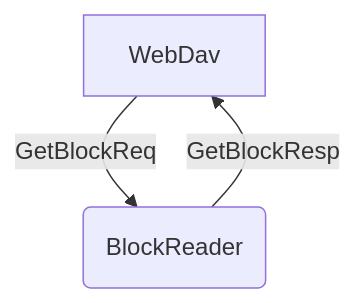
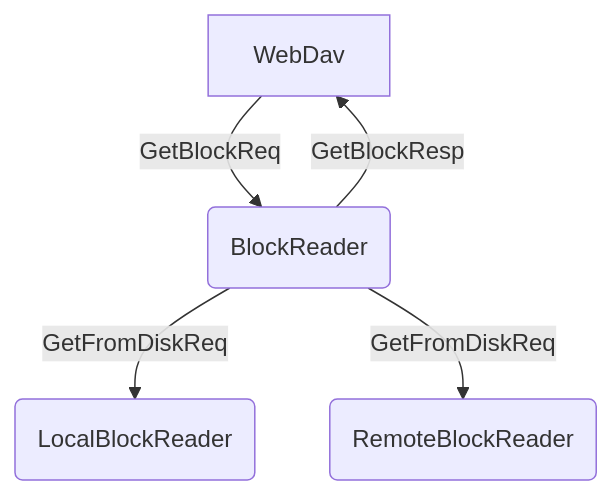
One commit to roboadam/tealfs changed the diagram in pkg/blockreader/blockreader.mmd. Above: the diagram before and after it, drawn with Mermaid. The commit also changed 4 other files, not shown here.

```diff
--- a/pkg/blockreader/blockreader.mmd
+++ b/pkg/blockreader/blockreader.mmd
@@ -1,4 +1,6 @@
 flowchart TD
         A["WebDav"]
         A -->|GetBlockReq| B("BlockReader")
         B -->|GetBlockResp| A
+        B -->|GetFromDiskReq| C("LocalBlockReader")
+        B -->|GetFromDiskReq| D("RemoteBlockReader")
```
